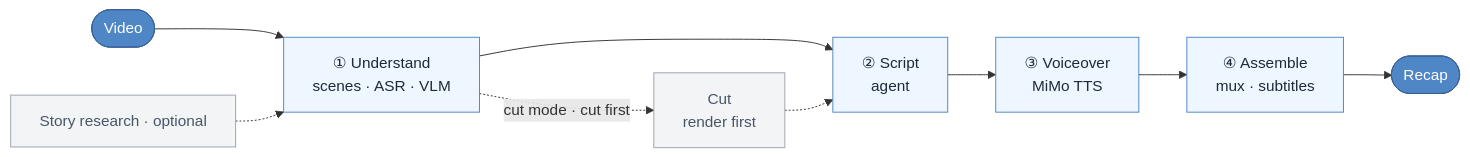
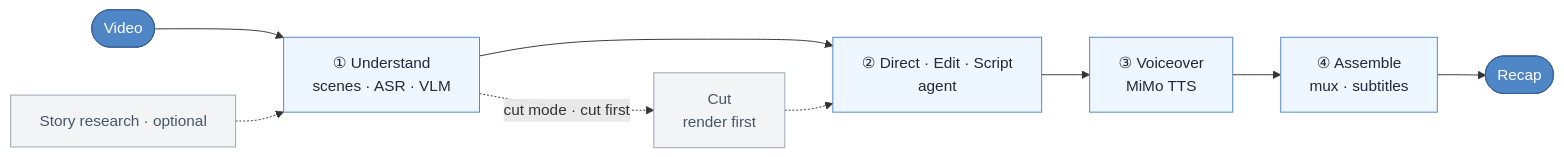
The diagram in README.en.md (worldwonderer/video-recap-skills), drawn with Mermaid before and after one commit. The commit also changed other lines of this file and 44 other files, not shown here.

First line of the commit message:
Keep recap decisions grounded across agent hosts (#63)

````diff
--- a/README.en.md
+++ b/README.en.md
@@ -21,13 +21,13 @@
 ```mermaid
 flowchart LR
     video(["Video"]) --> understand["① Understand<br/>scenes · ASR · VLM"]
     research["Story research · optional"] -.-> understand
-    understand --> script["② Script<br/>agent"] --> voiceover["③ Voiceover<br/>MiMo TTS"] --> assemble["④ Assemble<br/>mux · subtitles"] --> output(["Recap"])
+    understand --> script["② Direct · Edit · Script<br/>agent"] --> voiceover["③ Voiceover<br/>MiMo TTS"] --> assemble["④ Assemble<br/>mux · subtitles"] --> output(["Recap"])
     understand -. cut mode · cut first .-> cut["Cut<br/>render first"] -.-> script
     classDef io fill:#4f86c6,stroke:#3a6298,color:#fff;
     classDef stage fill:#eef6ff,stroke:#4f86c6,color:#1f2937;
     classDef opt fill:#f3f4f6,stroke:#9ca3af,color:#475569;
     class video,output io;
     class understand,script,voiceover,assemble stage;
     class research,cut opt;
 ```
````
